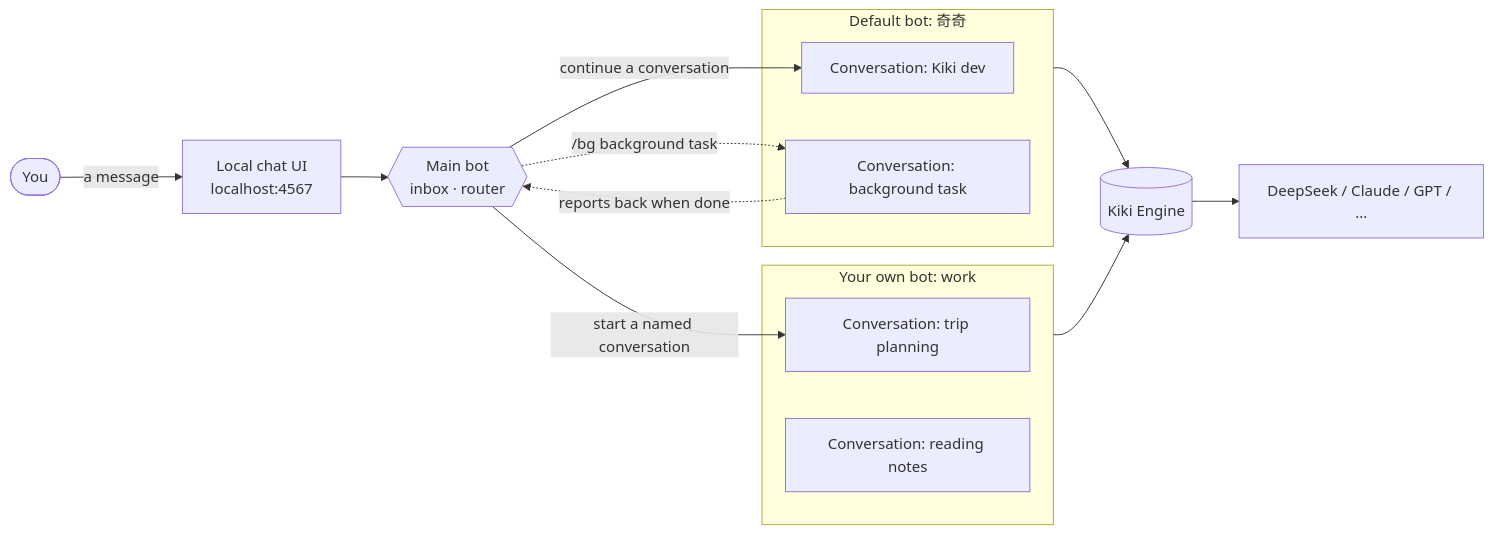
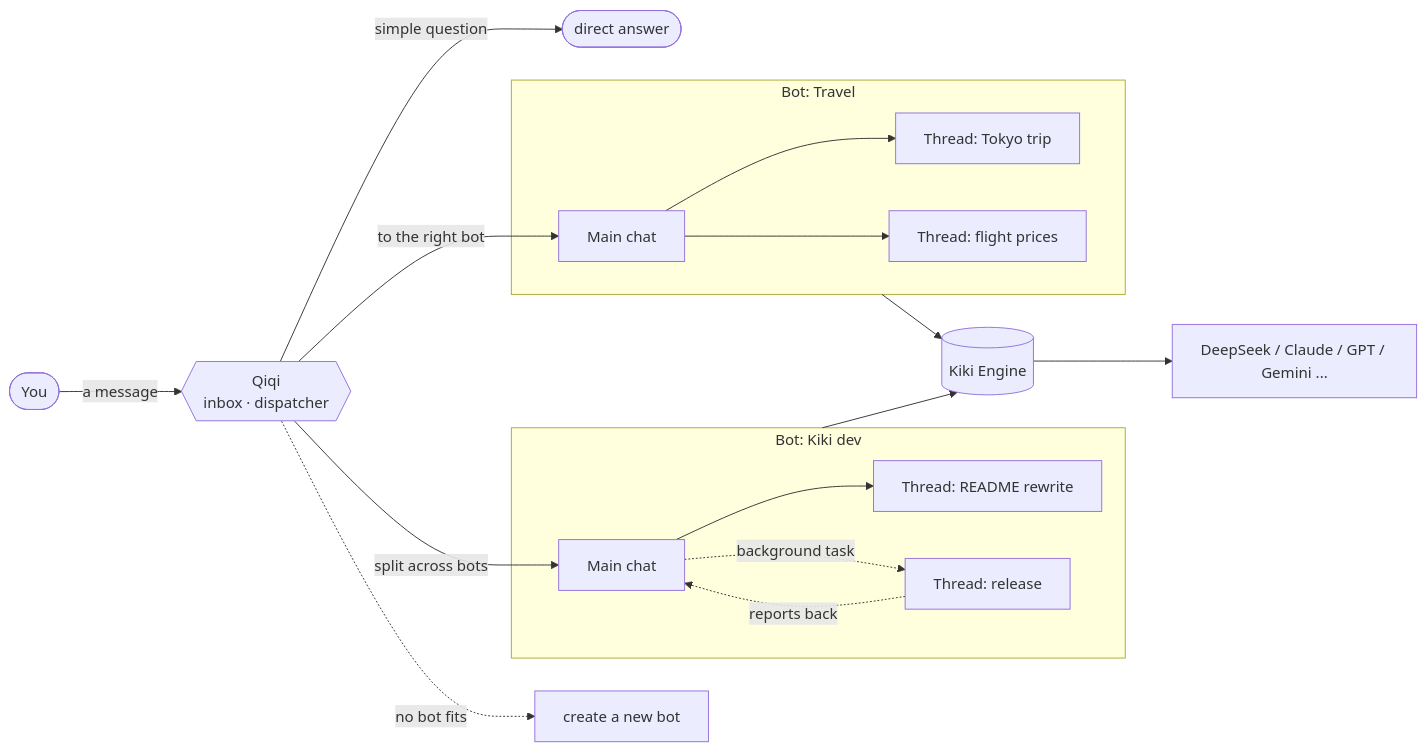
One commit to lkyxuan/kiki changed the diagram in README.en.md. Above: the diagram before and after it, drawn with Mermaid. The commit also changed other lines of this file and 4 other files, not shown here.

````diff
--- a/README.en.md
+++ b/README.en.md
@@ -59,21 +107,21 @@
 ```mermaid
 flowchart LR
-    U([You]) -->|a message| W[Local chat UI<br/>localhost:4567]
-    W --> M{{Main bot<br/>inbox · router}}
-    M -->|continue a conversation| S1
-    M -->|start a named conversation| S3
-    M -.->|/bg background task| S2
+    U([You]) -->|a message| Q{{Qiqi<br/>inbox · dispatcher}}
+    Q -->|simple question| A([direct answer])
+    Q -->|to the right bot| M1
+    Q -->|split across bots| M2
+    Q -.->|no bot fits| NEW[create a new bot]
 
-    subgraph DEV[Default bot: 奇奇]
-        S1[Conversation: Kiki dev]
-        S2[Conversation: background task]
+    subgraph TRAVEL[Bot: Travel]
+        M1[Main chat] --> T1[Thread: Tokyo trip]
+        M1 --> T2[Thread: flight prices]
     end
-    subgraph LIFE[Your own bot: work]
-        S3[Conversation: trip planning]
-        S4[Conversation: reading notes]
+    subgraph DEV[Bot: Kiki dev]
+        M2[Main chat] --> T3[Thread: README rewrite]
+        M2 -.->|background task| BG[Thread: release]
     end
 
-    DEV & LIFE --> PI[(Kiki Engine)]
-    PI --> LLM[DeepSeek / Claude / GPT / ...]
-    S2 -.->|reports back when done| M
+    TRAVEL & DEV --> K[(Kiki Engine)]
+    K --> LLM[DeepSeek / Claude / GPT / Gemini ...]
+    BG -.->|reports back| M2
 ```
````
